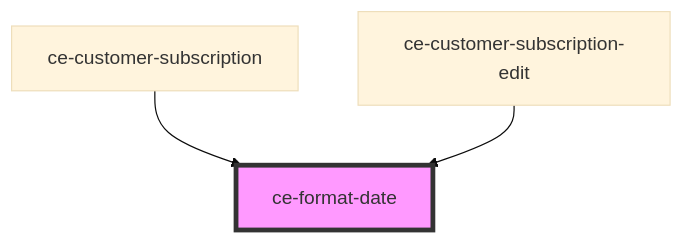
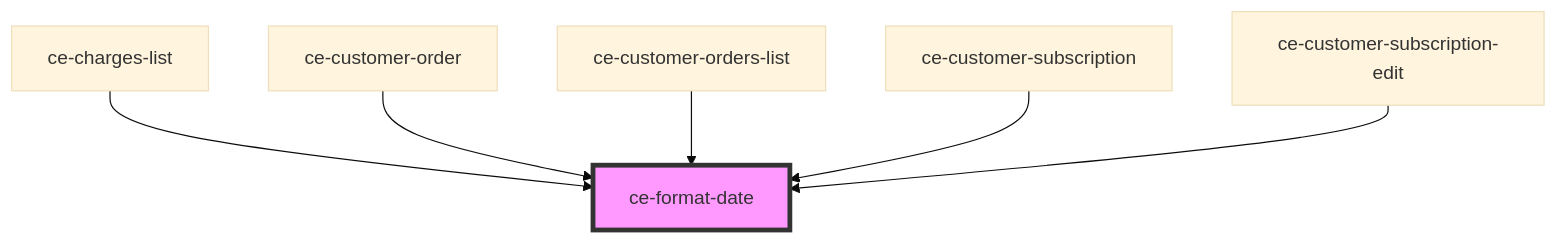
The diagram in packages/components/src/components/util/format-date/readme.md (surecart/surecart-wp-plugin), drawn with Mermaid (base theme) before and after one commit. The commit also changed other lines of this file and 101 other files, not shown here.

````diff
--- a/packages/components/src/components/util/format-date/readme.md
+++ b/packages/components/src/components/util/format-date/readme.md
@@ -35,6 +38,9 @@
 ```mermaid
 graph TD;
+  ce-charges-list --> ce-format-date
+  ce-customer-order --> ce-format-date
+  ce-customer-orders-list --> ce-format-date
   ce-customer-subscription --> ce-format-date
   ce-customer-subscription-edit --> ce-format-date
   style ce-format-date fill:#f9f,stroke:#333,stroke-width:4px
 ```
````
